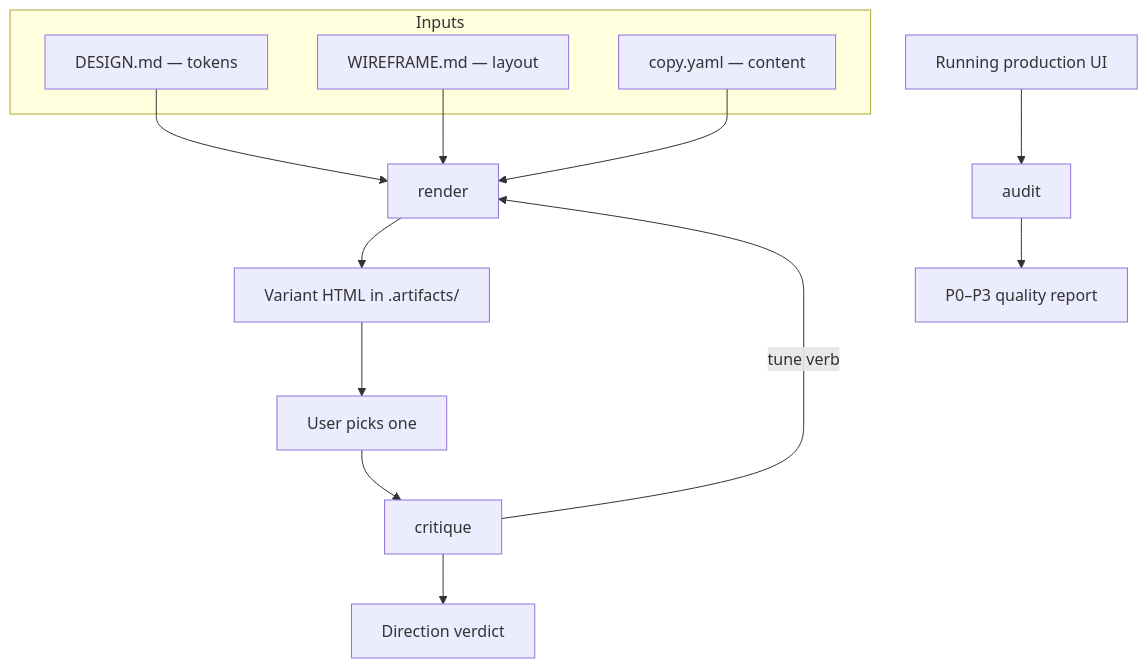
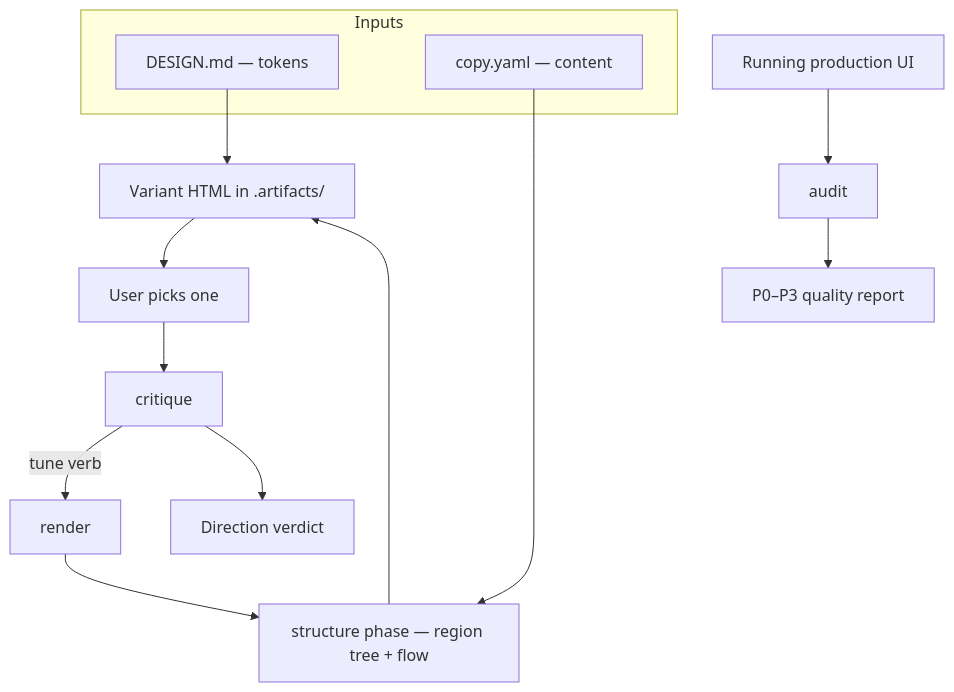
One commit to adeonir/agent-skills changed the diagram in skills/product/craft-ui/README.md. Above: the diagram before and after it, drawn with Mermaid. The commit also changed other lines of this file and 22 other files, not shown here.

First line of the commit message:
refactor(craft-ui): fold wireframe into the render structure phase

````diff
--- a/skills/product/craft-ui/README.md
+++ b/skills/product/craft-ui/README.md
@@ -7,18 +7,17 @@
 ```mermaid
 flowchart TD
     subgraph inputs[Inputs]
       D[DESIGN.md — tokens]
-      B[WIREFRAME.md — layout]
       C[copy.yaml — content]
     end
-    D --> R[render]
-    B --> R
-    C --> R
-    R --> V[Variant HTML in .artifacts/]
+    R[render] --> ST[structure phase — region tree + flow]
+    C --> ST
+    ST --> V[Variant HTML in .artifacts/]
+    D --> V
     V --> Pick[User picks one]
     Pick --> Cr[critique]
     Cr -->|tune verb| R
     Cr --> DV[Direction verdict]
     UI[Running production UI] --> Au[audit]
     Au --> RP[P0–P3 quality report]
 ```
````
